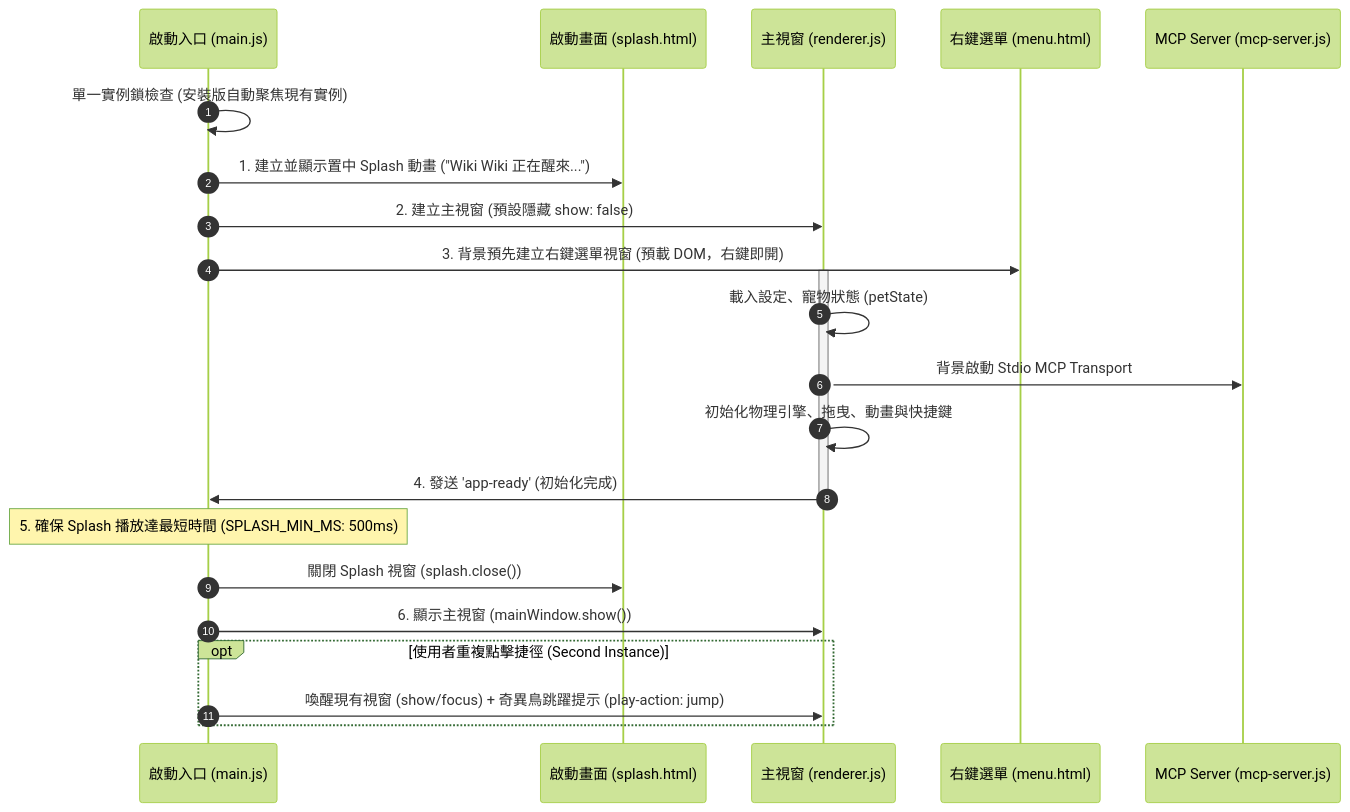
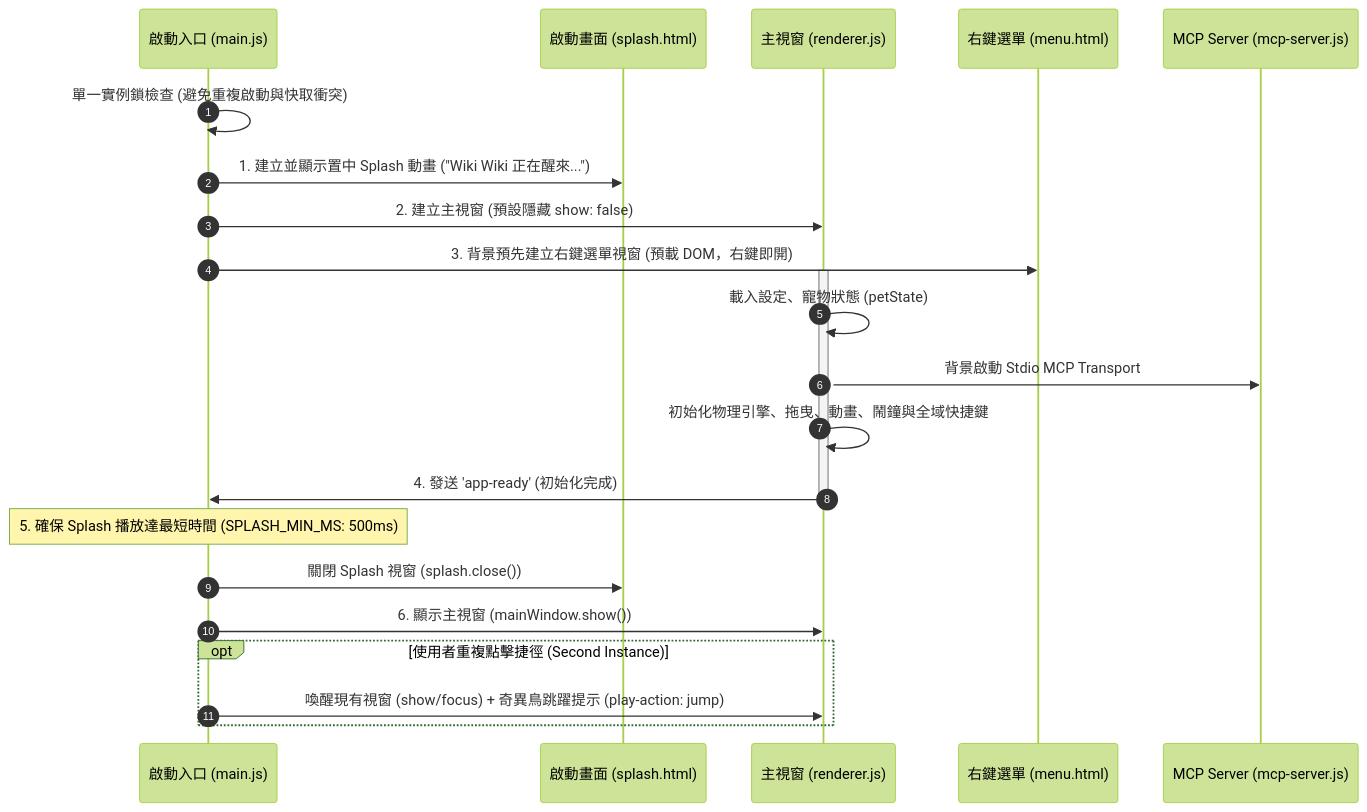
Before and after one commit to NCard/codex-pet: the diagram in README.md, drawn with Mermaid (forest theme). The commit also changed other lines of this file, not shown here.

Commit message:
docs: comprehensive update of README with latest features, architecture, and tests

````diff
--- a/README.md
+++ b/README.md
@@ -52,29 +148,29 @@
 ```mermaid
 sequenceDiagram
     autonumber
     participant App as 啟動入口 (main.js)
     participant Splash as 啟動畫面 (splash.html)
     participant MainWin as 主視窗 (renderer.js)
     participant Menu as 右鍵選單 (menu.html)
     participant MCP as MCP Server (mcp-server.js)
 
-    App->>App: 單一實例鎖檢查 (安裝版自動聚焦現有實例)
+    App->>App: 單一實例鎖檢查 (避免重複啟動與快取衝突)
     App->>Splash: 1. 建立並顯示置中 Splash 動畫 ("Wiki Wiki 正在醒來...")
     App->>MainWin: 2. 建立主視窗 (預設隱藏 show: false)
     App->>Menu: 3. 背景預先建立右鍵選單視窗 (預載 DOM，右鍵即開)
     
     activate MainWin
     MainWin->>MainWin: 載入設定、寵物狀態 (petState)
     MainWin->>MCP: 背景啟動 Stdio MCP Transport
-    MainWin->>MainWin: 初始化物理引擎、拖曳、動畫與快捷鍵
+    MainWin->>MainWin: 初始化物理引擎、拖曳、動畫、鬧鐘與全域快捷鍵
     MainWin->>App: 4. 發送 'app-ready' (初始化完成)
     deactivate MainWin
 
     Note over App: 5. 確保 Splash 播放達最短時間 (SPLASH_MIN_MS: 500ms)
     App->>Splash: 關閉 Splash 視窗 (splash.close())
     App->>MainWin: 6. 顯示主視窗 (mainWindow.show())
     
     opt 使用者重複點擊捷徑 (Second Instance)
         App->>MainWin: 喚醒現有視窗 (show/focus) + 奇異鳥跳躍提示 (play-action: jump)
     end
 ```
````
